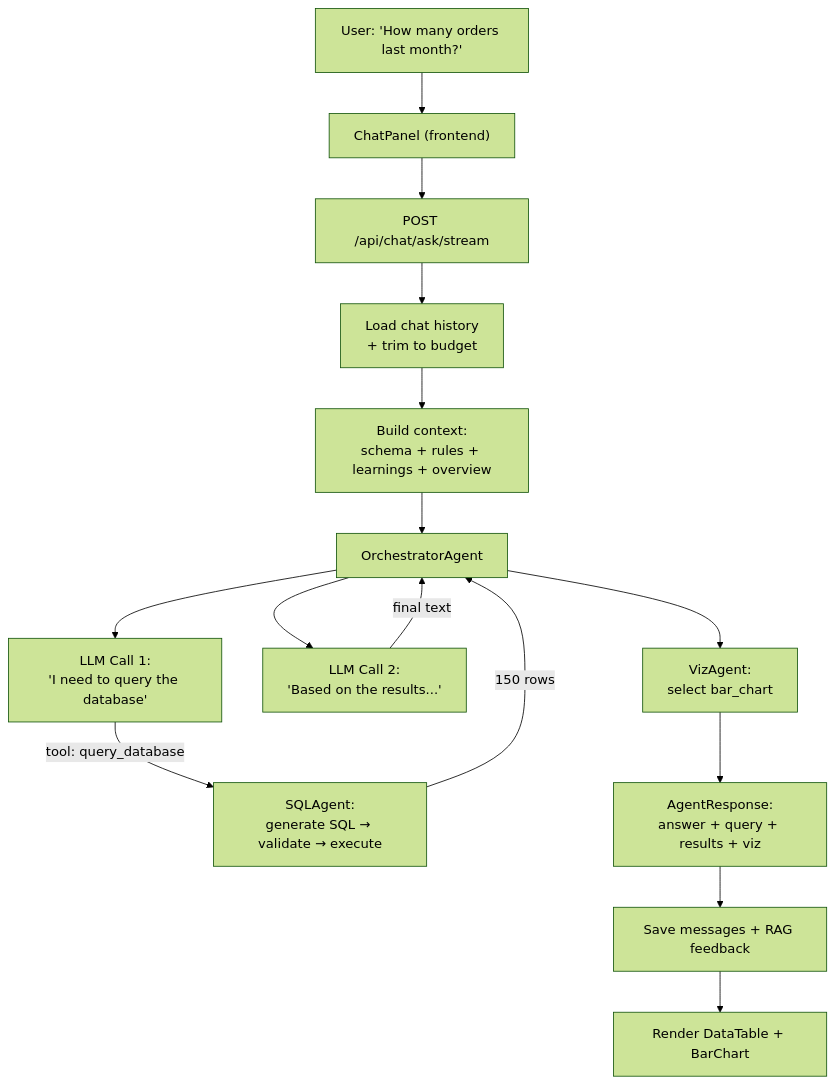
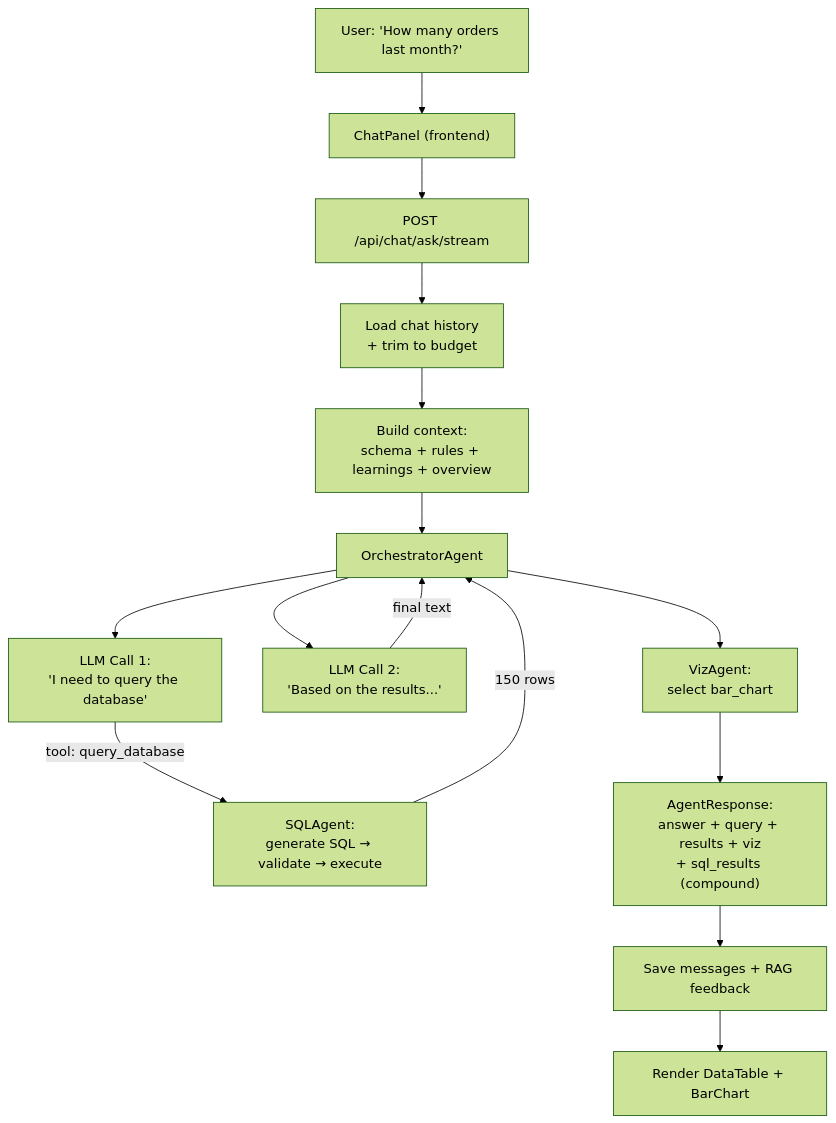
One commit to CheckMyData-AI/checkmydata-ai changed the seventh of 11 diagrams in docs/SYSTEM_ARCHITECTURE.md. Above: the diagram before and after it, drawn with Mermaid (forest theme). The commit also changed other lines of this file and 32 other files, not shown here.

````diff
--- a/docs/SYSTEM_ARCHITECTURE.md
+++ b/docs/SYSTEM_ARCHITECTURE.md
@@ -1110,23 +1116,23 @@
 ```mermaid
 flowchart TB
     U["User: 'How many orders last month?'"]
     CP["ChatPanel (frontend)"]
     API["POST /api/chat/ask/stream"]
     HIST["Load chat history\n+ trim to budget"]
     CTX["Build context:\nschema + rules + learnings + overview"]
     OA["OrchestratorAgent"]
     LLM1["LLM Call 1:\n'I need to query the database'"]
     SQL["SQLAgent:\ngenerate SQL → validate → execute"]
     LLM2["LLM Call 2:\n'Based on the results...'"]
     VIZ["VizAgent:\nselect bar_chart"]
-    RESP["AgentResponse:\nanswer + query + results + viz"]
+    RESP["AgentResponse:\nanswer + query + results + viz\n+ sql_results (compound)"]
     SAVE["Save messages + RAG feedback"]
     FE["Render DataTable + BarChart"]
 
     U --> CP --> API --> HIST --> CTX --> OA
     OA --> LLM1 -->|"tool: query_database"| SQL
     SQL -->|"150 rows"| OA
     OA --> LLM2 -->|"final text"| OA
     OA --> VIZ --> RESP
     RESP --> SAVE --> FE
 ```
````
